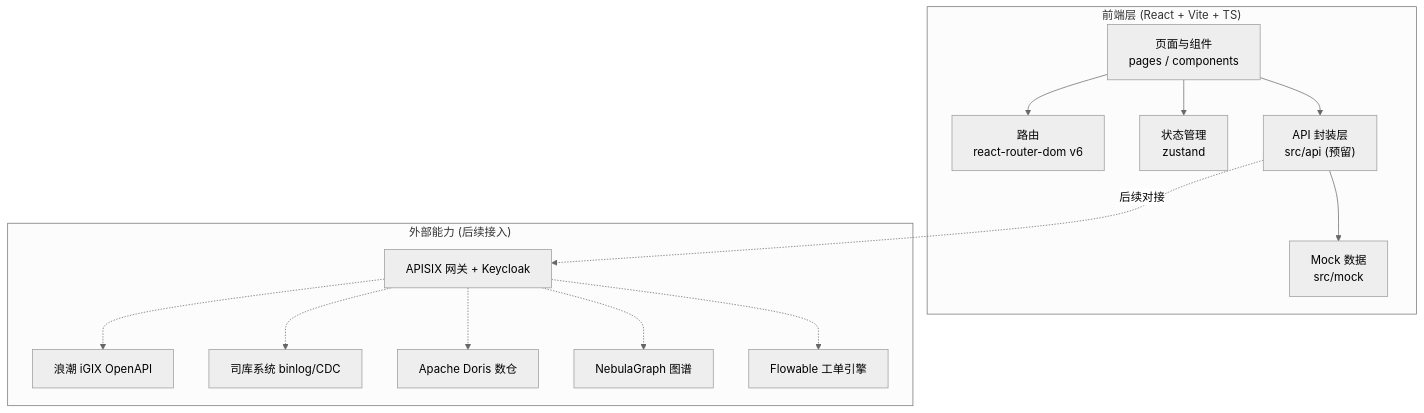
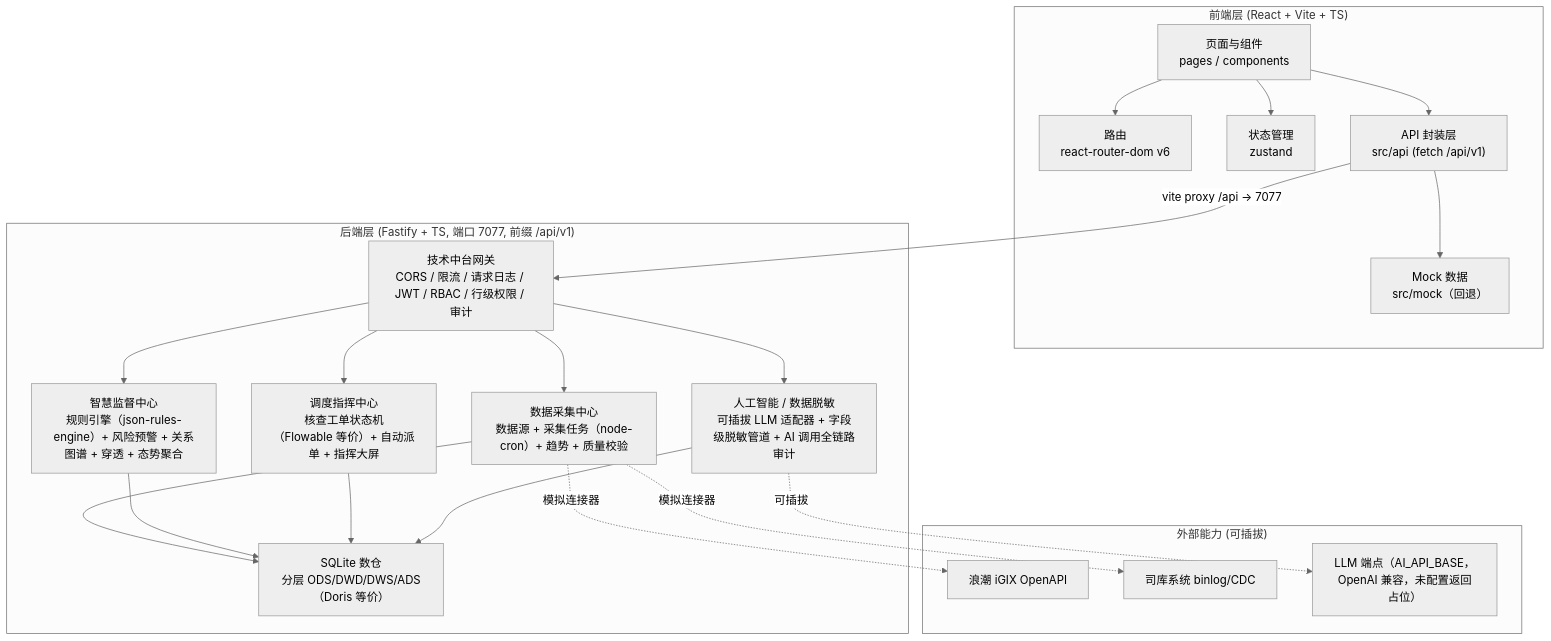
Before and after one commit to mimi202605/Penetrating-Supervision-Platform: the first of 2 diagrams in .trae/documents/技术架构.md, drawn with Mermaid (neutral theme). The commit also changed other lines of this file and 58 other files, not shown here.

````diff
--- a/.trae/documents/技术架构.md
+++ b/.trae/documents/技术架构.md
@@ -11,30 +11,42 @@
 ```mermaid
 flowchart TB
     subgraph FE["前端层 (React + Vite + TS)"]
         UI["页面与组件<br/>pages / components"]
         ROUTER["路由<br/>react-router-dom v6"]
         STORE["状态管理<br/>zustand"]
-        API["API 封装层<br/>src/api (预留)"]
-        MOCK["Mock 数据<br/>src/mock"]
+        API["API 封装层<br/>src/api (fetch /api/v1)"]
+        MOCK["Mock 数据<br/>src/mock（回退）"]
     end
 
-    subgraph EXT["外部能力 (后续接入)"]
+    subgraph BE["后端层 (Fastify + TS, 端口 7077, 前缀 /api/v1)"]
+        GW["技术中台网关<br/>CORS / 限流 / 请求日志 / JWT / RBAC / 行级权限 / 审计"]
+        COL["数据采集中心<br/>数据源 + 采集任务（node-cron）+ 趋势 + 质量校验"]
+        MON["智慧监督中心<br/>规则引擎（json-rules-engine）+ 风险预警 + 关系图谱 + 穿透 + 态势聚合"]
+        DIS["调度指挥中心<br/>核查工单状态机（Flowable 等价）+ 自动派单 + 指挥大屏"]
+        AIMOD["人工智能 / 数据脱敏<br/>可插拔 LLM 适配器 + 字段级脱敏管道 + AI 调用全链路审计"]
+        DB["SQLite 数仓<br/>分层 ODS/DWD/DWS/ADS（Doris 等价）"]
+    end
+
+    subgraph EXT["外部能力 (可插拔)"]
         IGIX["浪潮 iGIX OpenAPI"]
         TREASURY["司库系统 binlog/CDC"]
-        DORIS["Apache Doris 数仓"]
-        NEBULA["NebulaGraph 图谱"]
-        FLOW["Flowable 工单引擎"]
-        APISIX["APISIX 网关 + Keycloak"]
+        LLM["LLM 端点（AI_API_BASE，OpenAI 兼容，未配置返回占位）"]
     end
 
     UI --> ROUTER
     UI --> STORE
     UI --> API
     API --> MOCK
-    API -.后续对接.-> APISIX
-    APISIX -.-> IGIX
-    APISIX -.-> TREASURY
-    APISIX -.-> DORIS
-    APISIX -.-> NEBULA
-    APISIX -.-> FLOW
+    API -->|"vite proxy /api → 7077"| GW
+    GW --> COL
+    GW --> MON
+    GW --> DIS
+    GW --> AIMOD
+    COL --> DB
+    MON --> DB
+    DIS --> DB
+    AIMOD --> DB
+    COL -.模拟连接器.-> IGIX
+    COL -.模拟连接器.-> TREASURY
+    AIMOD -.可插拔.-> LLM
 ```
````
